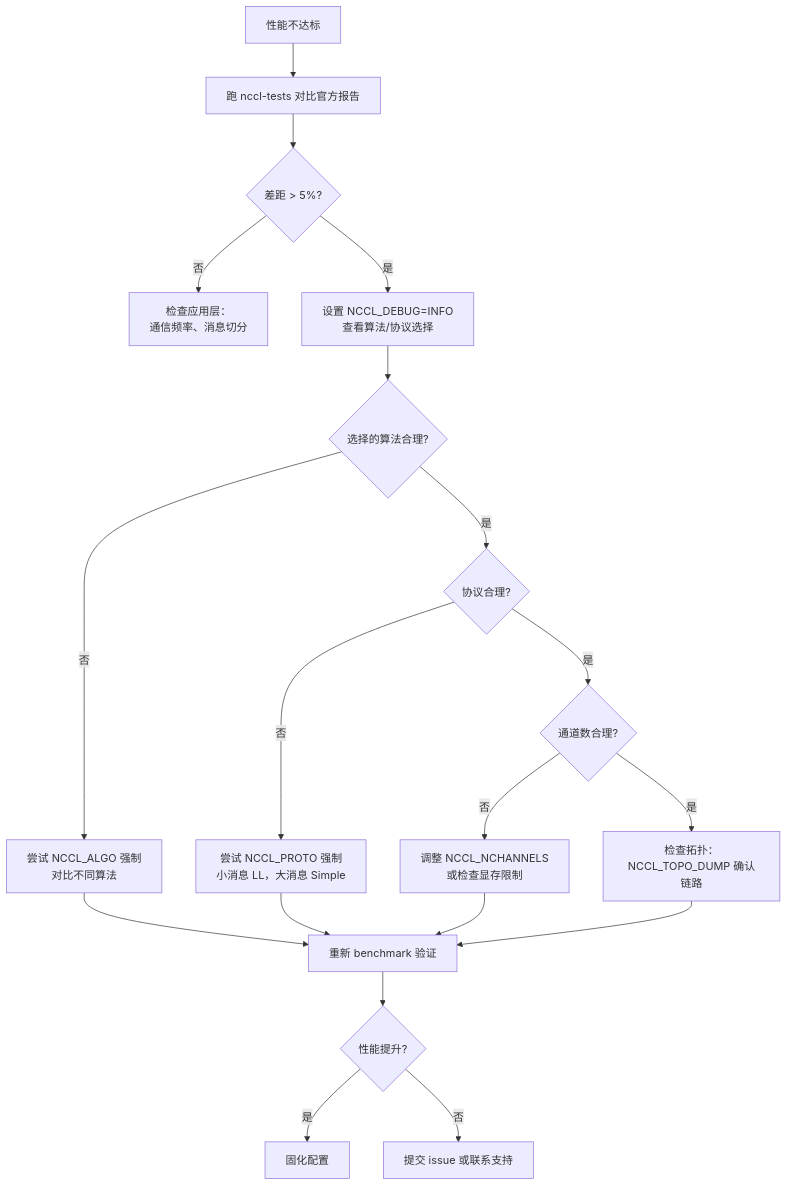
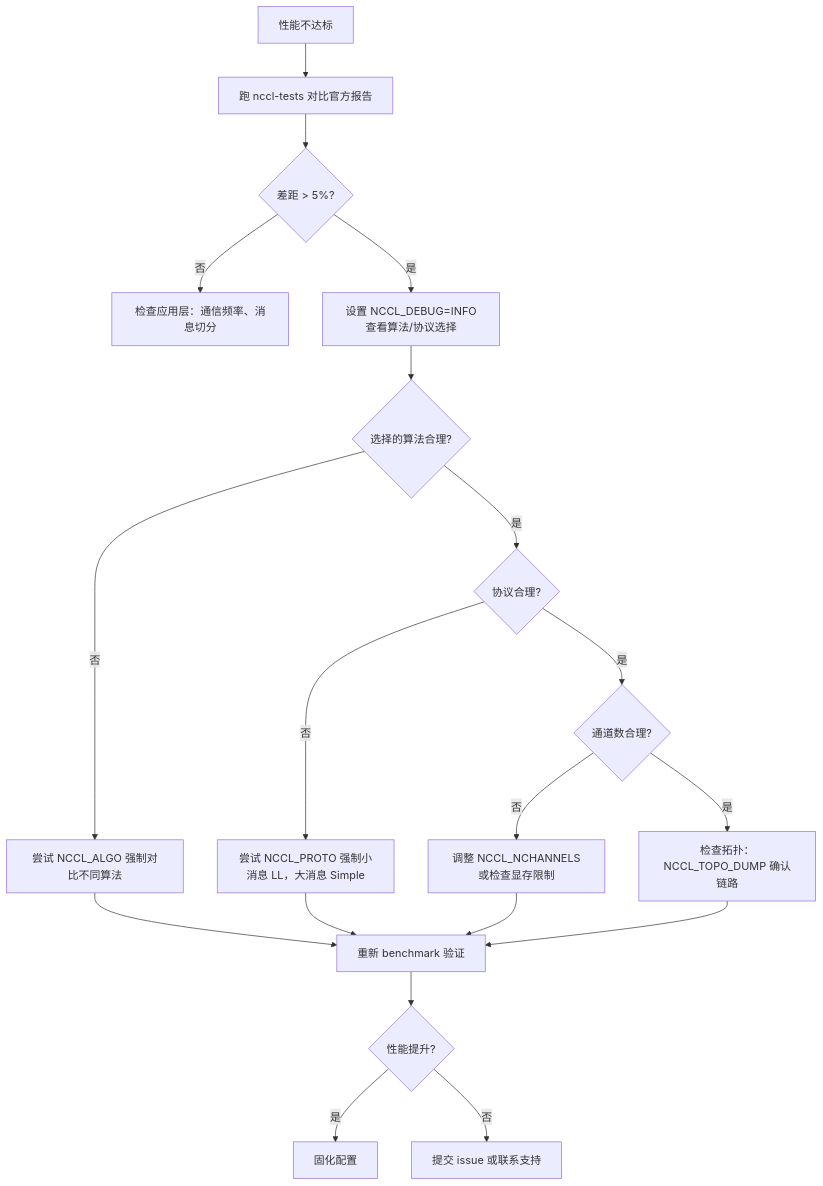
Before and after one commit to maleRjc/AiReadCodeBooks: the second of 2 diagrams in books/nccl/en/21-performance-tuning-and-benchmarking.md, drawn with Mermaid. The commit also changed other lines of this file and 80 other files, not shown here.

````diff
--- a/books/nccl/en/21-performance-tuning-and-benchmarking.md
+++ b/books/nccl/en/21-performance-tuning-and-benchmarking.md
@@ -789,21 +674,21 @@
 ```mermaid
 flowchart TD
     start["性能不达标"] --> baseline["跑 nccl-tests 对比官方报告"]
     baseline --> diff{"差距 > 5%?"}
-    diff -->|否| app["检查应用层：<br/>通信频率、消息切分"]
-    diff -->|是| debug["设置 NCCL_DEBUG=INFO<br/>查看算法/协议选择"]
+    diff -->|否| app["检查应用层：通信频率、消息切分"]
+    diff -->|是| debug["设置 NCCL_DEBUG=INFO查看算法/协议选择"]
     debug --> check_algo{"选择的算法合理?"}
-    check_algo -->|否| force_algo["尝试 NCCL_ALGO 强制<br/>对比不同算法"]
+    check_algo -->|否| force_algo["尝试 NCCL_ALGO 强制对比不同算法"]
     check_algo -->|是| check_proto{"协议合理?"}
-    check_proto -->|否| force_proto["尝试 NCCL_PROTO 强制<br/>小消息 LL，大消息 Simple"]
+    check_proto -->|否| force_proto["尝试 NCCL_PROTO 强制小消息 LL，大消息 Simple"]
     check_proto -->|是| check_chan{"通道数合理?"}
-    check_chan -->|否| tune_chan["调整 NCCL_NCHANNELS<br/>或检查显存限制"]
-    check_chan -->|是| check_topo["检查拓扑：<br/>NCCL_TOPO_DUMP 确认链路"]
+    check_chan -->|否| tune_chan["调整 NCCL_NCHANNELS或检查显存限制"]
+    check_chan -->|是| check_topo["检查拓扑：NCCL_TOPO_DUMP 确认链路"]
     force_algo --> verify["重新 benchmark 验证"]
     force_proto --> verify
     tune_chan --> verify
     check_topo --> verify
     verify --> improved{"性能提升?"}
     improved -->|是| done["固化配置"]
     improved -->|否| escalate["提交 issue 或联系支持"]
 ```
````
